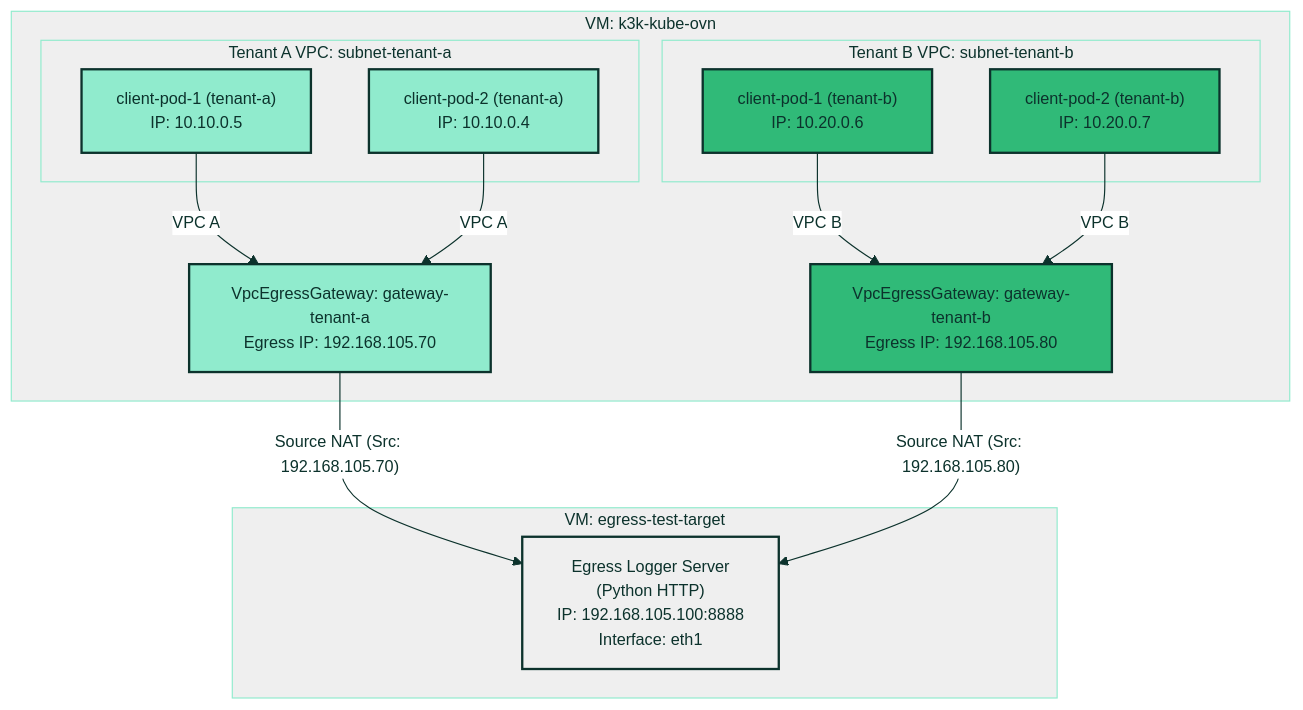
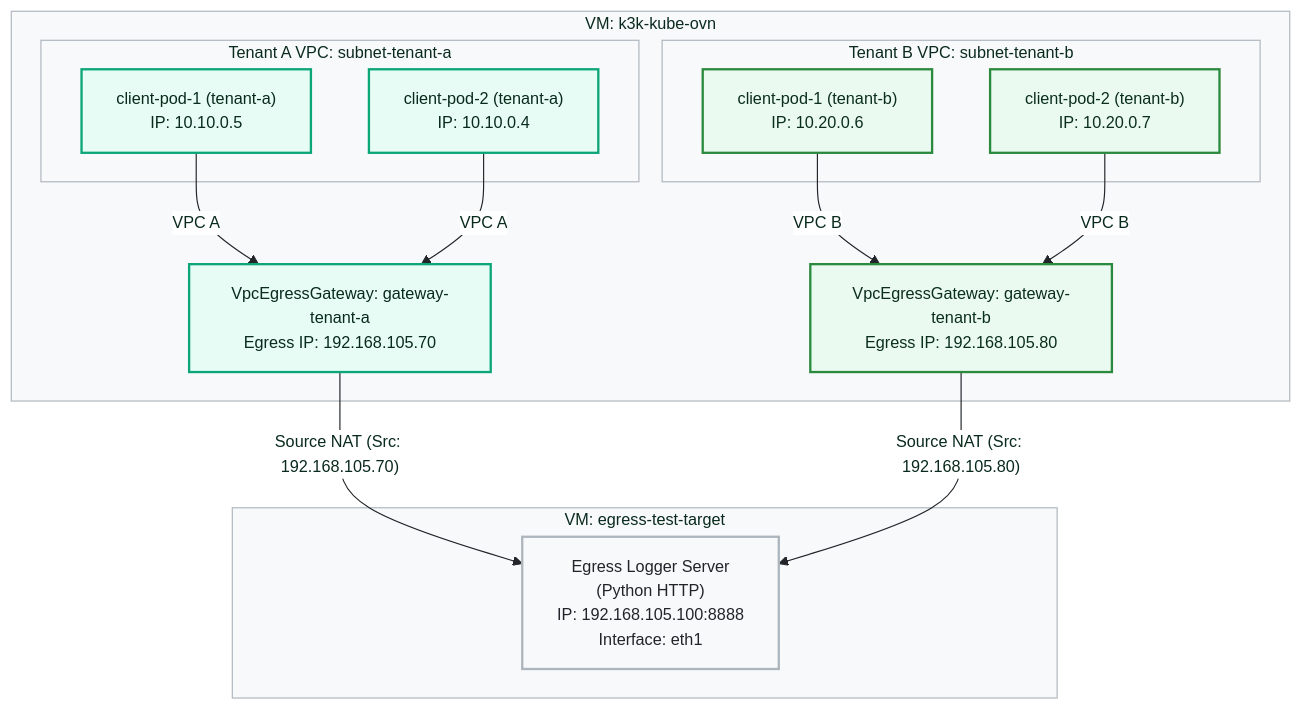
One commit to coulof/k3k-kube-ovn changed the third of 3 diagrams in docs/egress-gateway-experiment.md. Above: the diagram before and after it, drawn with Mermaid. The commit also changed other lines of this file and 4 other files, not shown here.

Commit message:
docs(diagrams): split peering topology, remove grey backgrounds, and update egress layout landscape style

````diff
--- a/docs/egress-gateway-experiment.md
+++ b/docs/egress-gateway-experiment.md
@@ -107,56 +168,56 @@
 ```mermaid
 %%{init: {
   'theme': 'base',
   'themeVariables': {
     'fontFamily': 'SUSE, sans-serif',
     'fontSize': '14px',
-    'primaryColor': '#30ba78',
-    'primaryTextColor': '#0c322c',
-    'primaryBorderColor': '#30ba78',
-    'lineColor': '#0c322c',
-    'secondaryColor': '#0c322c',
-    'tertiaryColor': '#90ebcd',
+    'primaryColor': '#0ca678',
+    'primaryTextColor': '#092a1d',
+    'primaryBorderColor': '#0ca678',
+    'lineColor': '#212529',
+    'secondaryColor': '#1c7ed6',
+    'tertiaryColor': '#e6fcf5',
     'mainBkg': '#ffffff',
-    'nodeBorder': '#0c322c',
-    'clusterBkg': '#efefef',
-    'clusterBorder': '#90ebcd',
-    'titleColor': '#0c322c',
+    'nodeBorder': '#212529',
+    'clusterBkg': '#f8f9fa',
+    'clusterBorder': '#adb5bd',
+    'titleColor': '#092a1d',
     'edgeLabelBackground':'#ffffff'
   }
 } }%%
 graph TD
     %% Styling
-    classDef default fill:#ffffff,stroke:#0c322c,stroke-width:1px,color:#0c322c;
-    classDef target fill:#efefef,stroke:#0c322c,stroke-width:2px,color:#0c322c;
-    classDef tenantA fill:#90ebcd,stroke:#0c322c,stroke-width:2px,color:#0c322c;
-    classDef tenantB fill:#30ba78,stroke:#0c322c,stroke-width:2px,color:#0c322c;
+    classDef default fill:#ffffff,stroke:#212529,stroke-width:1px,color:#212529;
+    classDef target fill:#f8f9fa,stroke:#adb5bd,stroke-width:2px,color:#212529;
+    classDef tenantA fill:#e6fcf5,stroke:#0ca678,stroke-width:2px,color:#092a1d;
+    classDef tenantB fill:#eafaf1,stroke:#2b8a3e,stroke-width:2px,color:#0b2e1b;
 
     subgraph targetVM [VM: egress-test-target]
         srv["Egress Logger Server<br/>(Python HTTP)<br/>IP: 192.168.105.100:8888<br/>Interface: eth1"]:::target
     end
 
     subgraph hostVM [VM: k3k-kube-ovn]
         subgraph Subnet A [Tenant A VPC: subnet-tenant-a]
             podA1["client-pod-1 (tenant-a)<br/>IP: 10.10.0.5"]:::tenantA
             podA2["client-pod-2 (tenant-a)<br/>IP: 10.10.0.4"]:::tenantA
         end
 
         subgraph Subnet B [Tenant B VPC: subnet-tenant-b]
             podB1["client-pod-1 (tenant-b)<br/>IP: 10.20.0.6"]:::tenantB
             podB2["client-pod-2 (tenant-b)<br/>IP: 10.20.0.7"]:::tenantB
         end
 
         %% OVN Native Gateways
         gwA["VpcEgressGateway: gateway-tenant-a<br/>Egress IP: 192.168.105.70"]:::tenantA
         gwB["VpcEgressGateway: gateway-tenant-b<br/>Egress IP: 192.168.105.80"]:::tenantB
     end
 
     %% Outgoing traffic paths
     podA1 -- "VPC A" --> gwA
     podA2 -- "VPC A" --> gwA
     gwA --> |"Source NAT (Src: 192.168.105.70)"| srv
 
     podB1 -- "VPC B" --> gwB
     podB2 -- "VPC B" --> gwB
     gwB --> |"Source NAT (Src: 192.168.105.80)"| srv
 ```
````
